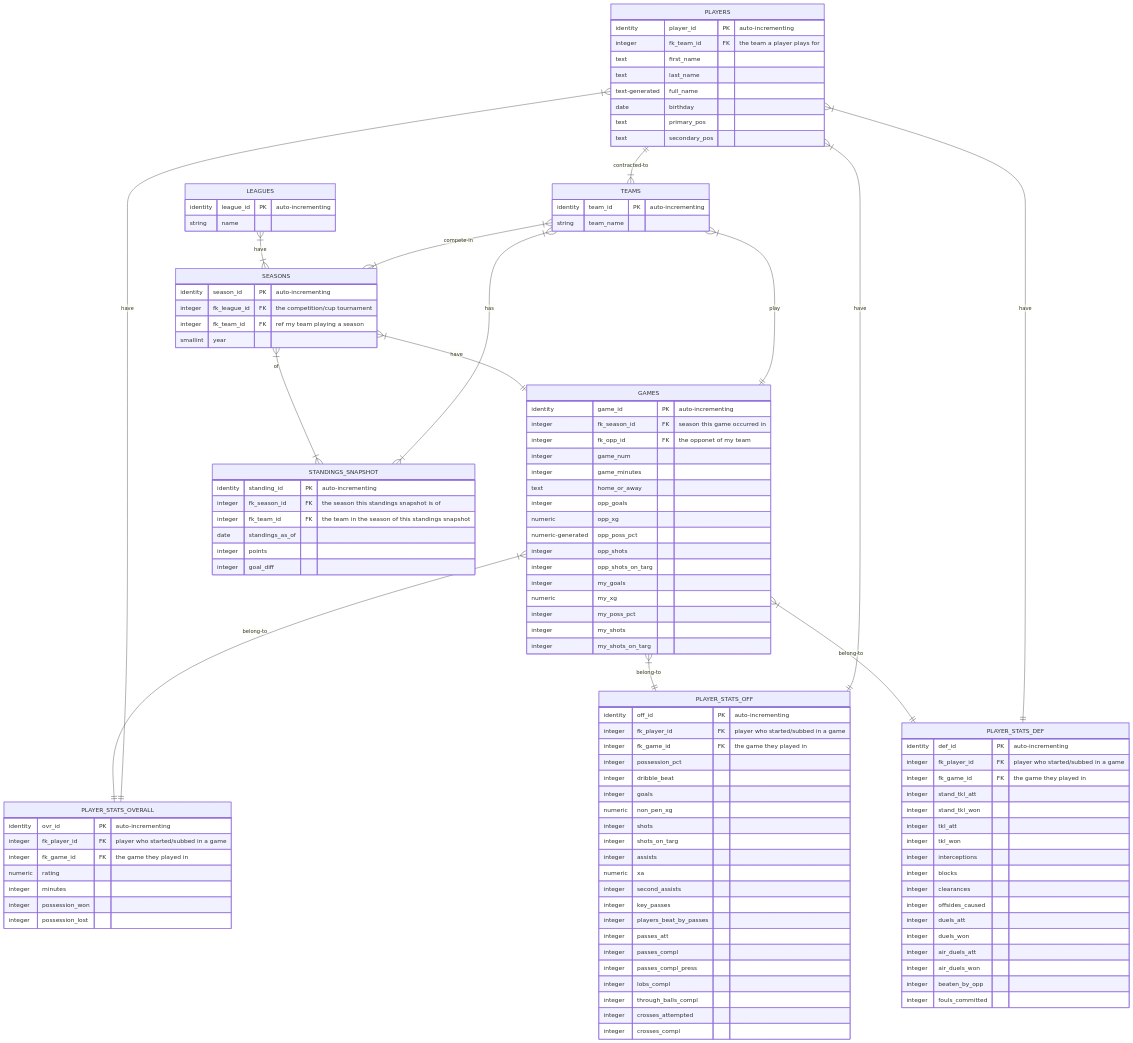
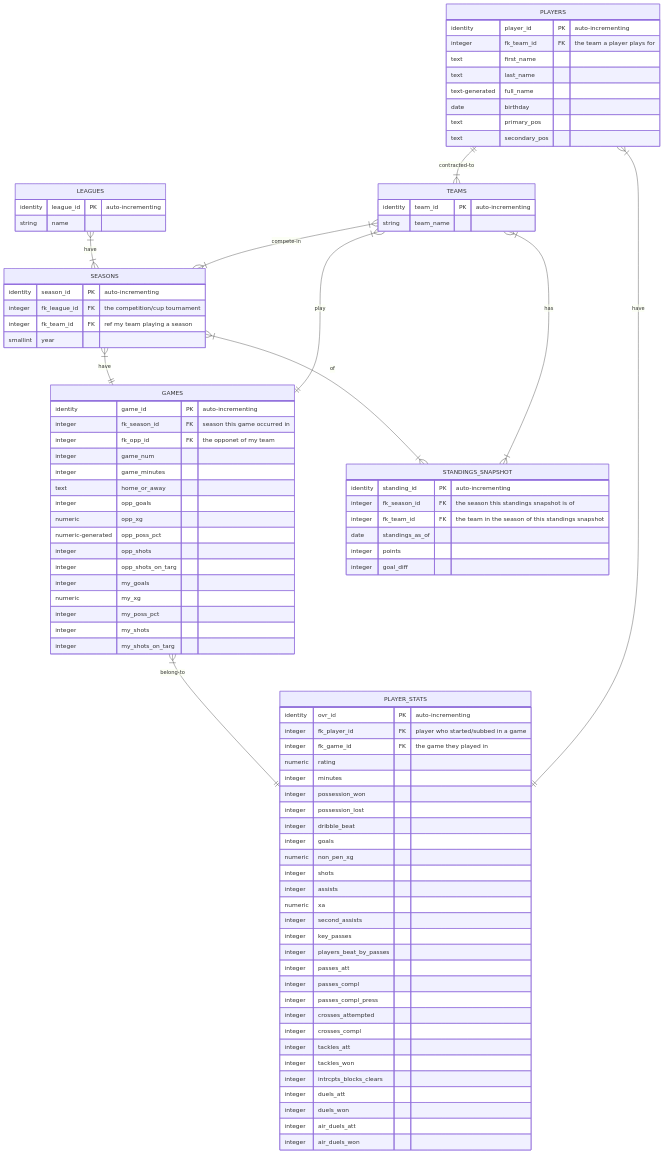
Before and after one commit to BrandonHoeft/fifa-career-mode-db: the diagram in README.md, drawn with Mermaid.

Commit message:
update: remove player_stats_{ovr,off,def} for player_stats

```diff
--- a/README.md
+++ b/README.md
@@ -62,8 +62,8 @@
             text secondary_pos
         }
     
-    GAMES }|--|| PLAYER_STATS_OVERALL : belong-to
-        PLAYER_STATS_OVERALL {
+    GAMES }|--|| PLAYER_STATS : belong-to
+        PLAYER_STATS {
             identity ovr_id PK "auto-incrementing"
             integer fk_player_id FK "player who started/subbed in a game"
             integer fk_game_id  FK "the game they played in"
@@ -71,21 +71,10 @@
             integer minutes
             integer possession_won
             integer possession_lost
-        }
-    PLAYERS }|--|| PLAYER_STATS_OVERALL : have
- 
- 
-    GAMES }|--|| PLAYER_STATS_OFF : belong-to
-        PLAYER_STATS_OFF {
-            identity off_id PK "auto-incrementing"
-            integer fk_player_id FK "player who started/subbed in a game"
-            integer fk_game_id FK "the game they played in"
-            integer possession_pct
             integer dribble_beat
             integer goals
             numeric non_pen_xg
             integer shots
-            integer shots_on_targ
             integer assists
             numeric xa
             integer second_assists
@@ -94,38 +83,19 @@
             integer passes_att
             integer passes_compl
             integer passes_compl_press
-            integer lobs_compl
-            integer through_balls_compl
             integer crosses_attempted
             integer crosses_compl
-            
-        }
- 
-    PLAYERS }|--|| PLAYER_STATS_OFF : have
- 
- 
-    GAMES }|--|| PLAYER_STATS_DEF : belong-to
-        PLAYER_STATS_DEF {
-            identity def_id PK "auto-incrementing"
-            integer fk_player_id FK "player who started/subbed in a game"
-            integer fk_game_id FK  "the game they played in"
-            integer stand_tkl_att
-            integer stand_tkl_won
-            integer tkl_att
-            integer tkl_won
-            integer interceptions
-            integer blocks
-            integer clearances
-            integer offsides_caused
+            integer tackles_att
+            integer tackles_won
+            integer intrcpts_blocks_clears
             integer duels_att
             integer duels_won
             integer air_duels_att
             integer air_duels_won
-            integer beaten_by_opp
-            integer fouls_committed            
+            
         }
+    PLAYERS }|--|| PLAYER_STATS : have
  
-    PLAYERS }|--|| PLAYER_STATS_DEF : have
 
     SEASONS }|--|{ STANDINGS_SNAPSHOT: of
         STANDINGS_SNAPSHOT {
```
